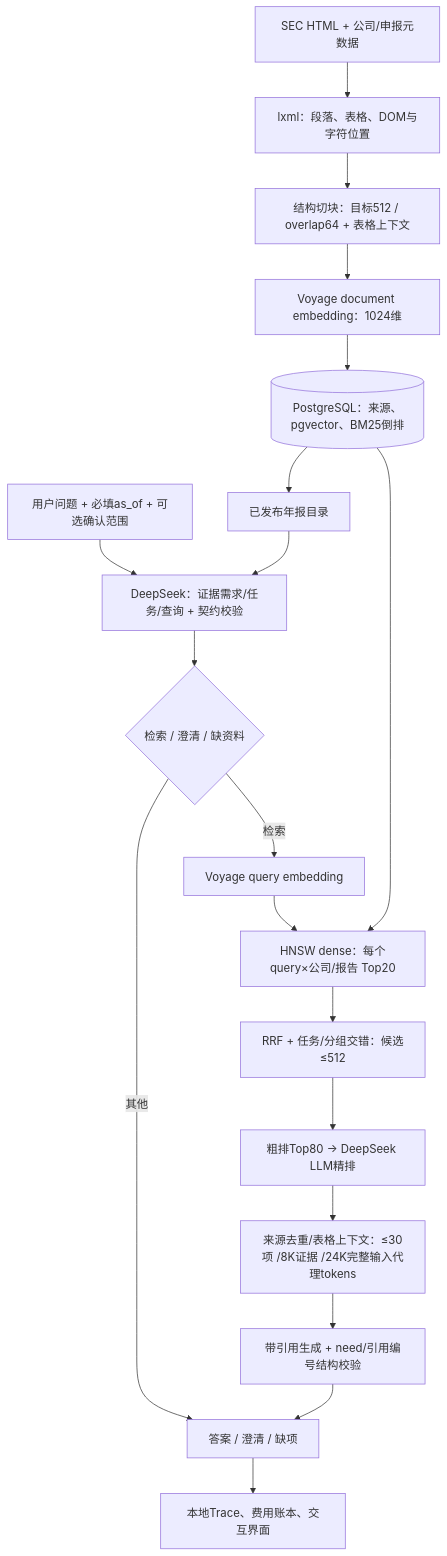
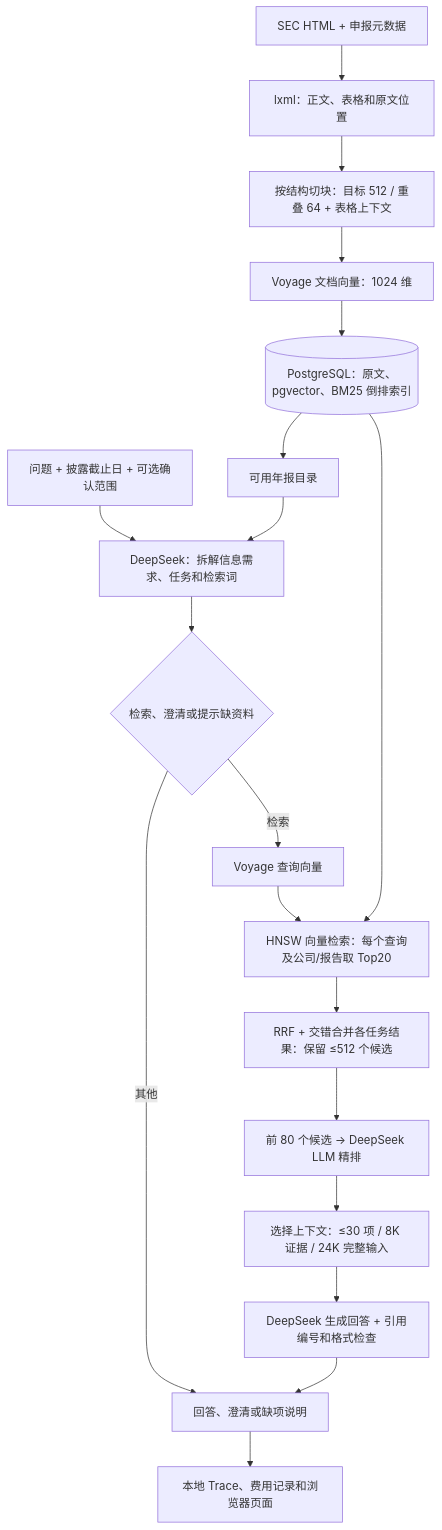
Before and after one commit to RqingLiu/financial-report-rag: the diagram in README.zh-CN.md, drawn with Mermaid. The commit also changed other lines of this file and 13 other files, not shown here.

````diff
--- a/README.zh-CN.md
+++ b/README.zh-CN.md
@@ -21,20 +21,20 @@
 ```mermaid
 flowchart TB
-  SEC["SEC HTML + 公司/申报元数据"] --> Parse["lxml：段落、表格、DOM与字符位置"]
-  Parse --> Chunk["结构切块：目标512 / overlap64 + 表格上下文"]
-  Chunk --> DocEmb["Voyage document embedding：1024维"]
-  DocEmb --> PG[("PostgreSQL：来源、pgvector、BM25倒排")]
-  Q["用户问题 + 必填as_of + 可选确认范围"] --> Plan["DeepSeek：证据需求/任务/查询 + 契约校验"]
-  PG --> Catalog["已发布年报目录"] --> Plan
-  Plan --> Route{"检索 / 澄清 / 缺资料"}
-  Route -->|检索| Emb["Voyage query embedding"]
-  Emb --> Search["HNSW dense：每个query×公司/报告 Top20"]
+  SEC["SEC HTML + 申报元数据"] --> Parse["lxml：正文、表格和原文位置"]
+  Parse --> Chunk["按结构切块：目标 512 / 重叠 64 + 表格上下文"]
+  Chunk --> DocEmb["Voyage 文档向量：1024 维"]
+  DocEmb --> PG[("PostgreSQL：原文、pgvector、BM25 倒排索引")]
+  Q["问题 + 披露截止日 + 可选确认范围"] --> Plan["DeepSeek：拆解信息需求、任务和检索词"]
+  PG --> Catalog["可用年报目录"] --> Plan
+  Plan --> Route{"检索、澄清或提示缺资料"}
+  Route -->|检索| Emb["Voyage 查询向量"]
+  Emb --> Search["HNSW 向量检索：每个查询及公司/报告取 Top20"]
   PG --> Search
-  Search --> Fuse["RRF + 任务/分组交错：候选≤512"]
-  Fuse --> Rank["粗排Top80 → DeepSeek LLM精排"]
-  Rank --> Ctx["来源去重/表格上下文：≤30项 /8K证据 /24K完整输入代理tokens"]
-  Ctx --> Answer["带引用生成 + need/引用编号结构校验"]
-  Route -->|其他| Result["答案 / 澄清 / 缺项"]
+  Search --> Fuse["RRF + 交错合并各任务结果：保留 ≤512 个候选"]
+  Fuse --> Rank["前 80 个候选 → DeepSeek LLM 精排"]
+  Rank --> Ctx["选择上下文：≤30 项 / 8K 证据 / 24K 完整输入"]
+  Ctx --> Answer["DeepSeek 生成回答 + 引用编号和格式检查"]
+  Route -->|其他| Result["回答、澄清或缺项说明"]
   Answer --> Result
-  Result --> Trace["本地Trace、费用账本、交互界面"]
+  Result --> Trace["本地 Trace、费用记录和浏览器页面"]
 ```
````
